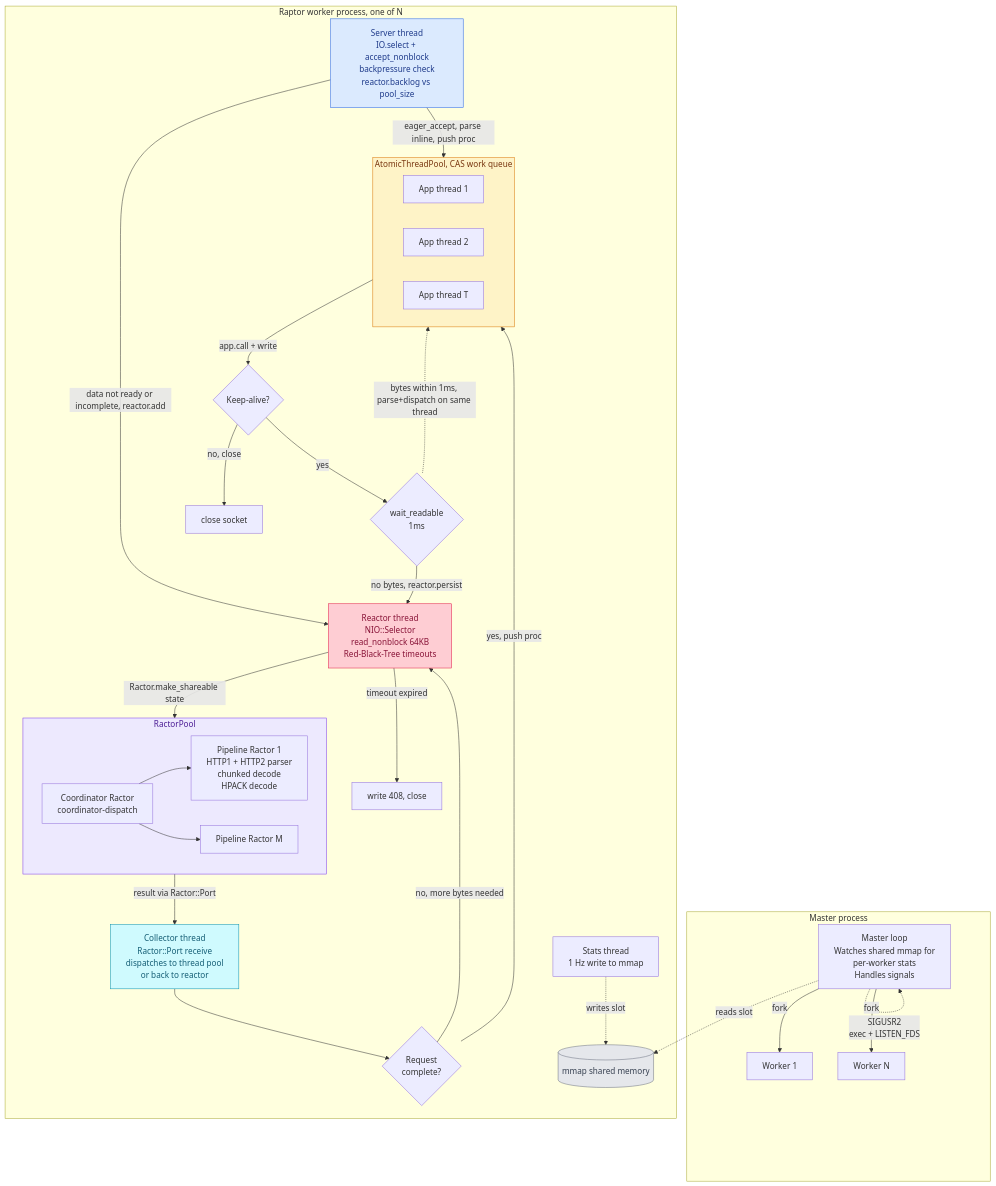
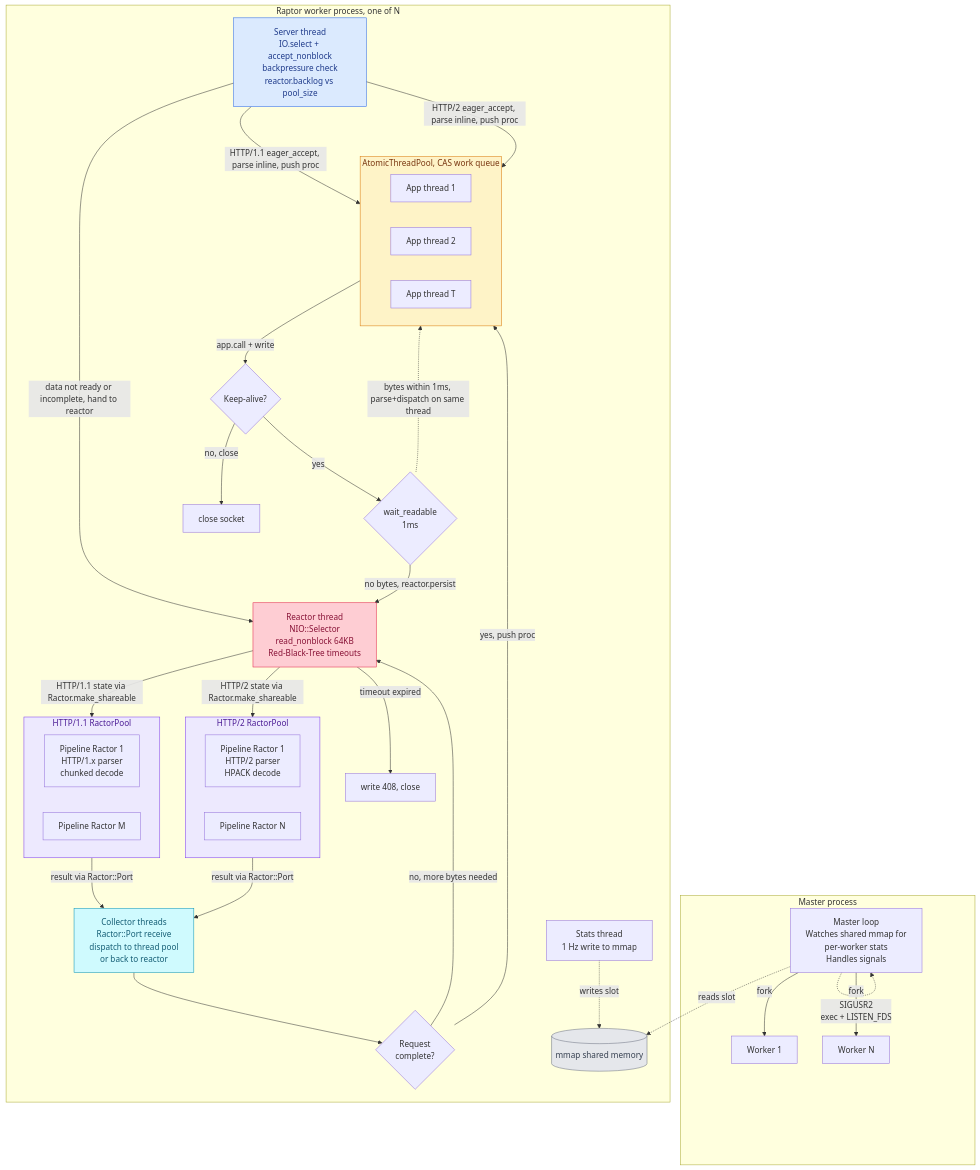
One commit to joshuay03/raptor changed the second of 4 diagrams in docs/raptor-vs-puma.md. Above: the diagram before and after it, drawn with Mermaid. The commit also changed other lines of this file and 16 other files, not shown here.

Commit message:
Parse HTTP/2 requests in a dedicated ractor pool

````diff
--- a/docs/raptor-vs-puma.md
+++ b/docs/raptor-vs-puma.md
@@ -346,68 +349,74 @@
 ```mermaid
 flowchart TB
     subgraph Master["Master process"]
         MM["Master loop<br/>Watches shared mmap for<br/>per-worker stats<br/>Handles signals"]
         MM -->|"fork"| WK1["Worker 1"]
         MM -->|"fork"| WKN["Worker N"]
         MM -.->|"SIGUSR2<br/>exec + LISTEN_FDS"| MM
     end
 
     subgraph Worker["Raptor worker process, one of N"]
         SRV["Server thread<br/>IO.select + accept_nonblock<br/>backpressure check<br/>reactor.backlog vs pool_size"]
 
         RCT["Reactor thread<br/>NIO::Selector<br/>read_nonblock 64KB<br/>Red-Black-Tree timeouts"]
 
-        subgraph RP["RactorPool"]
-            CRD["Coordinator Ractor<br/>coordinator-dispatch"]
-            RW1["Pipeline Ractor 1<br/>HTTP1 + HTTP2 parser<br/>chunked decode<br/>HPACK decode"]
+        subgraph RP1["HTTP/1.1 RactorPool"]
+            RW1["Pipeline Ractor 1<br/>HTTP/1.x parser<br/>chunked decode"]
             RWM["Pipeline Ractor M"]
-            CRD --> RW1
-            CRD --> RWM
         end
 
-        COL["Collector thread<br/>Ractor::Port receive<br/>dispatches to thread pool<br/>or back to reactor"]
+        subgraph RP2["HTTP/2 RactorPool"]
+            RW2["Pipeline Ractor 1<br/>HTTP/2 parser<br/>HPACK decode"]
+            RWN["Pipeline Ractor N"]
+        end
+
+        COL["Collector threads<br/>Ractor::Port receive<br/>dispatch to thread pool<br/>or back to reactor"]
 
         subgraph ATP["AtomicThreadPool, CAS work queue"]
             TR1["App thread 1"]
             TR2["App thread 2"]
             TR3["App thread T"]
         end
 
         STA["Stats thread<br/>1 Hz write to mmap"]
 
         CHK{"Request<br/>complete?"}
         KA{"Keep-alive?"}
         EAG{"wait_readable<br/>1ms"}
 
-        SRV -->|"eager_accept, parse inline, push proc"| ATP
-        SRV -->|"data not ready or incomplete, reactor.add"| RCT
-        RCT -->|"Ractor.make_shareable state"| RP
-        RP -->|"result via Ractor::Port"| COL
+        SRV -->|"HTTP/1.1 eager_accept, parse inline, push proc"| ATP
+        SRV -->|"HTTP/2 eager_accept, parse inline, push proc"| ATP
+        SRV -->|"data not ready or incomplete, hand to reactor"| RCT
+        RCT -->|"HTTP/1.1 state via Ractor.make_shareable"| RP1
+        RCT -->|"HTTP/2 state via Ractor.make_shareable"| RP2
+        RP1 -->|"result via Ractor::Port"| COL
+        RP2 -->|"result via Ractor::Port"| COL
         COL --> CHK
         CHK -->|"no, more bytes needed"| RCT
         CHK -->|"yes, push proc"| ATP
         ATP -->|"app.call + write"| KA
         KA -->|"no, close"| CLS["close socket"]
         KA -->|"yes"| EAG
         EAG -.->|"bytes within 1ms, parse+dispatch on same thread"| ATP
         EAG -->|"no bytes, reactor.persist"| RCT
         RCT -->|"timeout expired"| TO["write 408, close"]
 
         STA -.->|"writes slot"| SHM[("mmap shared memory")]
     end
 
     MM -.->|"reads slot"| SHM
 
     classDef accept fill:#dbeafe,stroke:#2563eb,color:#1e3a8a
     classDef reactor fill:#fecdd3,stroke:#e11d48,color:#881337
     classDef parse fill:#ede9fe,stroke:#7c3aed,color:#4c1d95
     classDef pool fill:#fef3c7,stroke:#d97706,color:#78350f
     classDef collector fill:#cffafe,stroke:#0891b2,color:#155e75
     classDef storage fill:#e5e7eb,stroke:#6b7280,color:#374151
     class SRV accept
     class RCT reactor
-    class RP parse
+    class RP1 parse
+    class RP2 parse
     class ATP pool
     class COL collector
     class SHM storage
 ```
````
